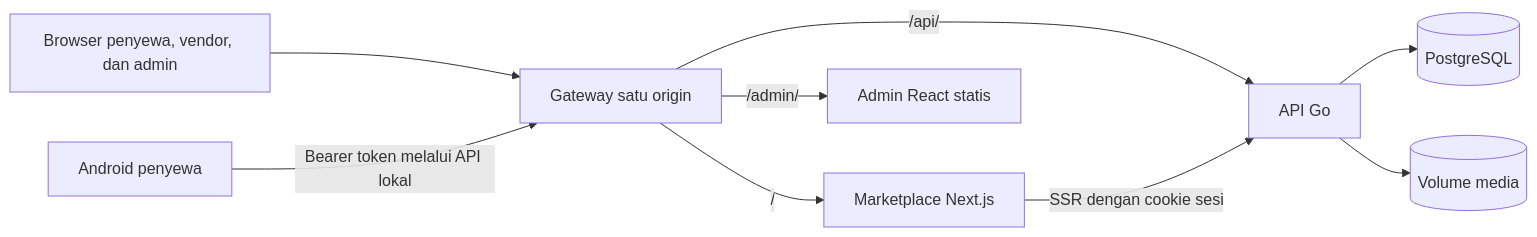
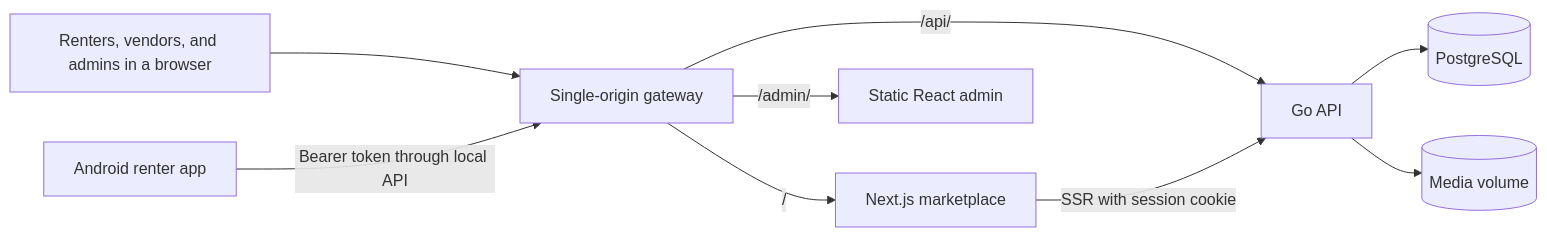
Before and after one commit to muhroyhan/rentaid: the diagram in README.md, drawn with Mermaid. The commit also changed other lines of this file and 3 other files, not shown here.

````diff
--- a/README.md
+++ b/README.md
@@ -60,11 +60,11 @@
 ```mermaid
 flowchart LR
-    Browser[Browser penyewa, vendor, dan admin] --> Gateway[Gateway satu origin]
-    Android[Android penyewa] -->|Bearer token melalui API lokal| Gateway
-    Gateway -->|/| Web[Marketplace Next.js]
-    Gateway -->|/admin/| Admin[Admin React statis]
-    Gateway -->|/api/| API[API Go]
-    Web -->|SSR dengan cookie sesi| API
+    Browser[Renters, vendors, and admins in a browser] --> Gateway[Single-origin gateway]
+    Android[Android renter app] -->|Bearer token through local API| Gateway
+    Gateway -->|/| Web[Next.js marketplace]
+    Gateway -->|/admin/| Admin[Static React admin]
+    Gateway -->|/api/| API[Go API]
+    Web -->|SSR with session cookie| API
     API --> DB[(PostgreSQL)]
-    API --> Media[(Volume media)]
+    API --> Media[(Media volume)]
 ```
````
